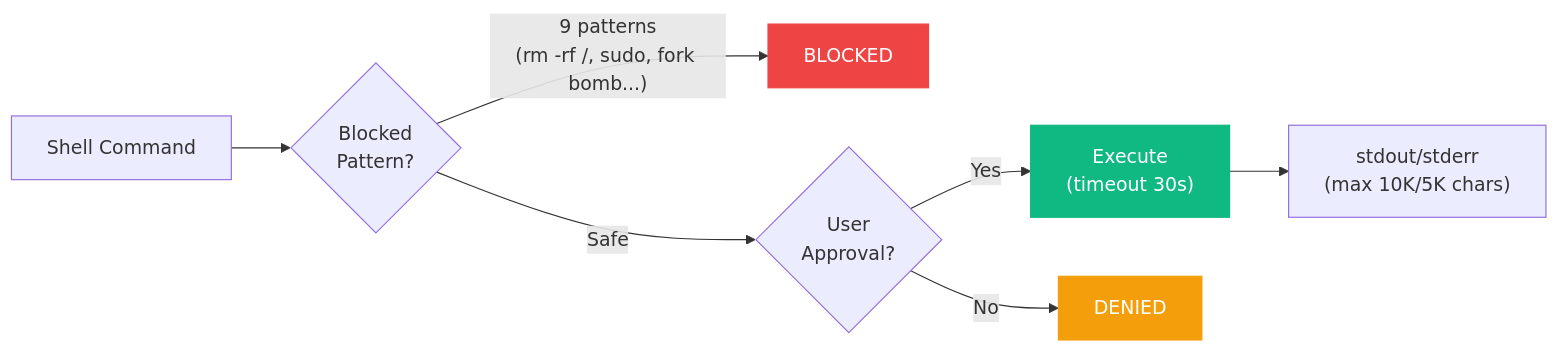
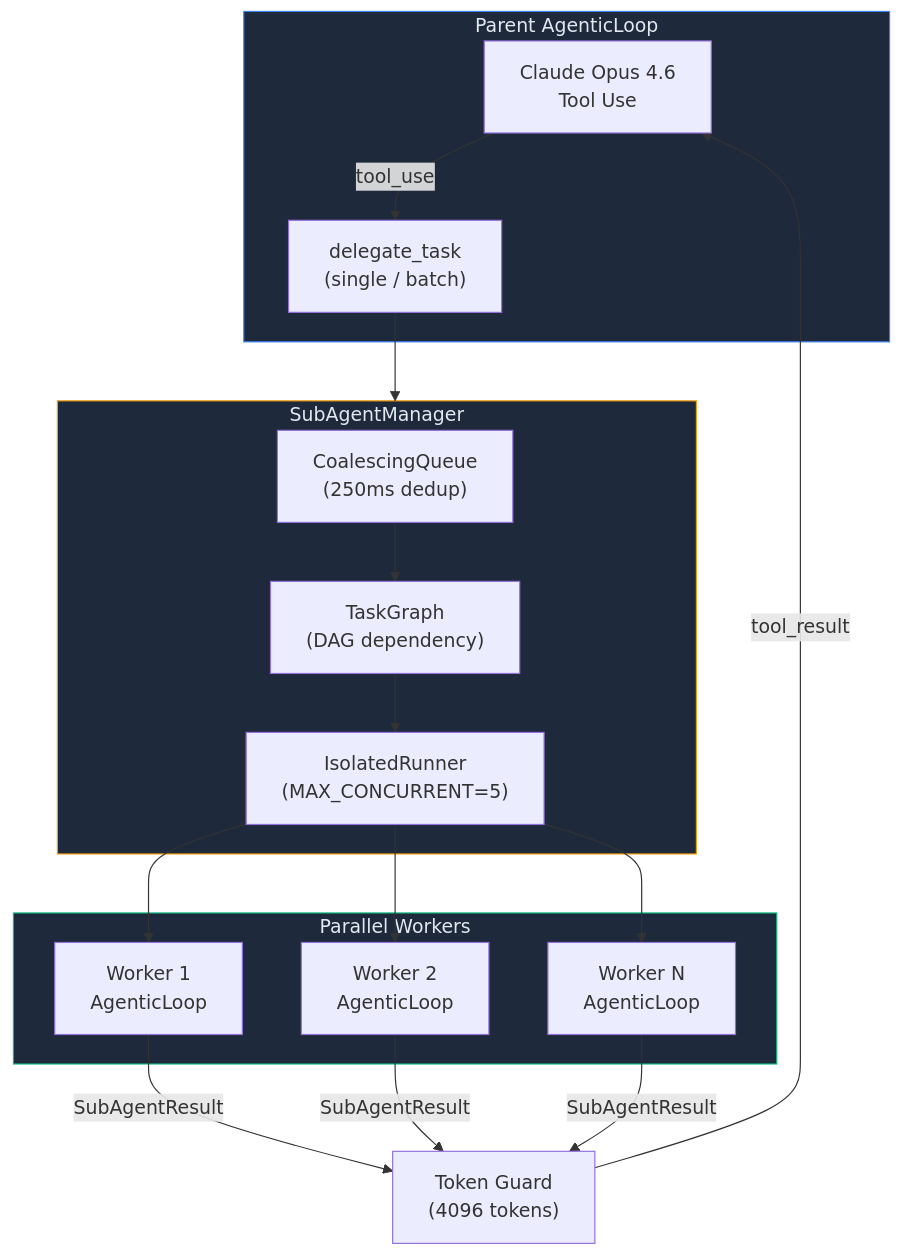
Before and after one commit to mangowhoiscloud/geode: the seventh of 11 diagrams in README.md, drawn with Mermaid. The commit also changed other lines of this file, not shown here.

````diff
--- a/README.md
+++ b/README.md
@@ -634,13 +297,30 @@
 ```mermaid
-graph LR
-    Cmd["Shell Command"] --> Block{Blocked<br/>Pattern?}
-    Block -->|"9 patterns<br/>(rm -rf /, sudo, fork bomb...)"| Deny["BLOCKED"]
-    Block -->|Safe| Approve{User<br/>Approval?}
-    Approve -->|Yes| Exec["Execute<br/>(timeout 30s)"]
-    Approve -->|No| Skip["DENIED"]
-    Exec --> Result["stdout/stderr<br/>(max 10K/5K chars)"]
+graph TB
+    subgraph Parent["Parent AgenticLoop"]
+        LLM["Claude Opus 4.6<br/>Tool Use"]
+        DT["delegate_task<br/>(single / batch)"]
+    end
 
-    style Deny fill:#ef4444,stroke:#ef4444,color:#fff
-    style Exec fill:#10b981,stroke:#10b981,color:#fff
-    style Skip fill:#f59e0b,stroke:#f59e0b,color:#fff
+    subgraph SAM["SubAgentManager"]
+        CQ["CoalescingQueue<br/>(250ms dedup)"]
+        TG["TaskGraph<br/>(DAG dependency)"]
+        IR["IsolatedRunner<br/>(MAX_CONCURRENT=5)"]
+    end
+
+    subgraph Workers["Parallel Workers"]
+        W1["Worker 1<br/>AgenticLoop"]
+        W2["Worker 2<br/>AgenticLoop"]
+        W3["Worker N<br/>AgenticLoop"]
+    end
+
+    LLM -->|tool_use| DT
+    DT --> SAM
+    CQ --> TG --> IR
+    IR --> W1 & W2 & W3
+    W1 & W2 & W3 -->|SubAgentResult| TGD["Token Guard<br/>(4096 tokens)"]
+    TGD -->|tool_result| LLM
+
+    style Parent fill:#1e293b,stroke:#3b82f6,color:#e2e8f0
+    style SAM fill:#1e293b,stroke:#f59e0b,color:#e2e8f0
+    style Workers fill:#1e293b,stroke:#10b981,color:#e2e8f0
 ```
````
